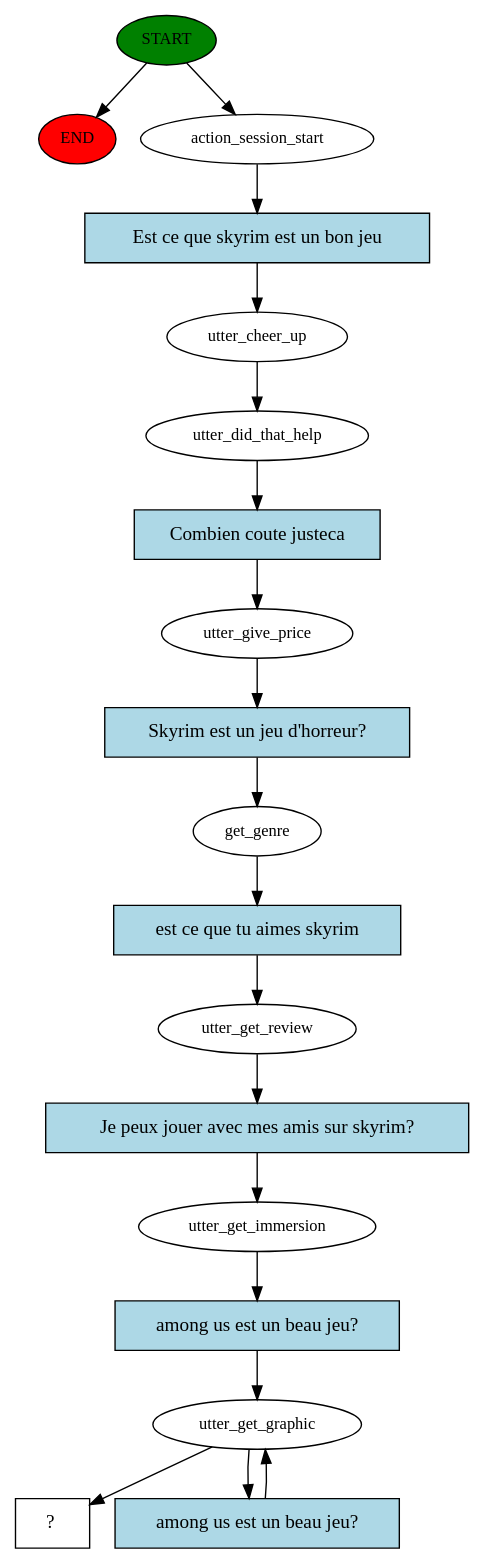
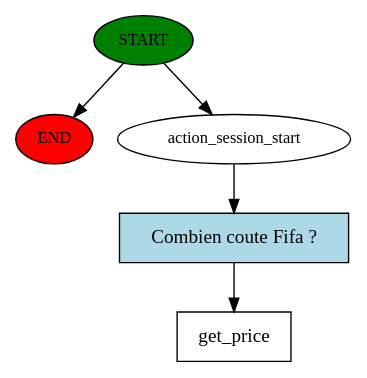
Before and after one commit to cousincecile/ihm_pa: the diagram in OnlyFeed/nlp/rasa_projetc/story_graph.dot, drawn with Graphviz. The commit also changed 10 other files, not shown here.

```diff
--- a/OnlyFeed/nlp/rasa_projetc/story_graph.dot
+++ b/OnlyFeed/nlp/rasa_projetc/story_graph.dot
@@ -1,38 +1,11 @@
 digraph  {
 0 [class="start active", fillcolor=green, fontsize=12, label=START, style=filled];
 "-1" [class=end, fillcolor=red, fontsize=12, label=END, style=filled];
 1 [class=active, fontsize=12, label=action_session_start];
-2 [class=active, fontsize=12, label=utter_cheer_up];
-3 [class=active, fontsize=12, label=utter_did_that_help];
-4 [class=active, fontsize=12, label=utter_give_price];
-5 [class=active, fontsize=12, label=get_genre];
-6 [class=active, fontsize=12, label=utter_get_review];
-7 [class=active, fontsize=12, label=utter_get_immersion];
-8 [class=active, fontsize=12, label=utter_get_graphic];
-10 [class="intent dashed active", label="  ?  ", shape=rect];
-11 [class="intent active", fillcolor=lightblue, label="Est ce que skyrim est un bon jeu", shape=rect, style=filled];
-12 [class="intent active", fillcolor=lightblue, label="Combien coute justeca", shape=rect, style=filled];
-13 [class="intent active", fillcolor=lightblue, label="Skyrim est un jeu d'horreur?", shape=rect, style=filled];
-14 [class="intent active", fillcolor=lightblue, label="est ce que tu aimes skyrim", shape=rect, style=filled];
-15 [class="intent active", fillcolor=lightblue, label="Je peux jouer avec mes amis sur skyrim?", shape=rect, style=filled];
-16 [class="intent active", fillcolor=lightblue, label="among us est un beau jeu?", shape=rect, style=filled];
-17 [class="intent active", fillcolor=lightblue, label="among us est un beau jeu?", shape=rect, style=filled];
+2 [class="intent dashed active", label=get_price, shape=rect];
+3 [class="intent active", fillcolor=lightblue, label="Combien coute Fifa ?", shape=rect, style=filled];
 0 -> "-1"  [class="", key=NONE, label=""];
 0 -> 1  [class=active, key=NONE, label=""];
-1 -> 11  [class=active, key=0];
-2 -> 3  [class=active, key=NONE, label=""];
-3 -> 12  [class=active, key=0];
-4 -> 13  [class=active, key=0];
-5 -> 14  [class=active, key=0];
-6 -> 15  [class=active, key=0];
-7 -> 16  [class=active, key=0];
-8 -> 10  [class=active, key=NONE, label=""];
-8 -> 17  [class=active, key=0];
-11 -> 2  [class=active, key=0];
-12 -> 4  [class=active, key=0];
-13 -> 5  [class=active, key=0];
-14 -> 6  [class=active, key=0];
-15 -> 7  [class=active, key=0];
-16 -> 8  [class=active, key=0];
-17 -> 8  [class=active, key=0];
+1 -> 3  [class=active, key=0];
+3 -> 2  [class=active, key=0];
 }
```
